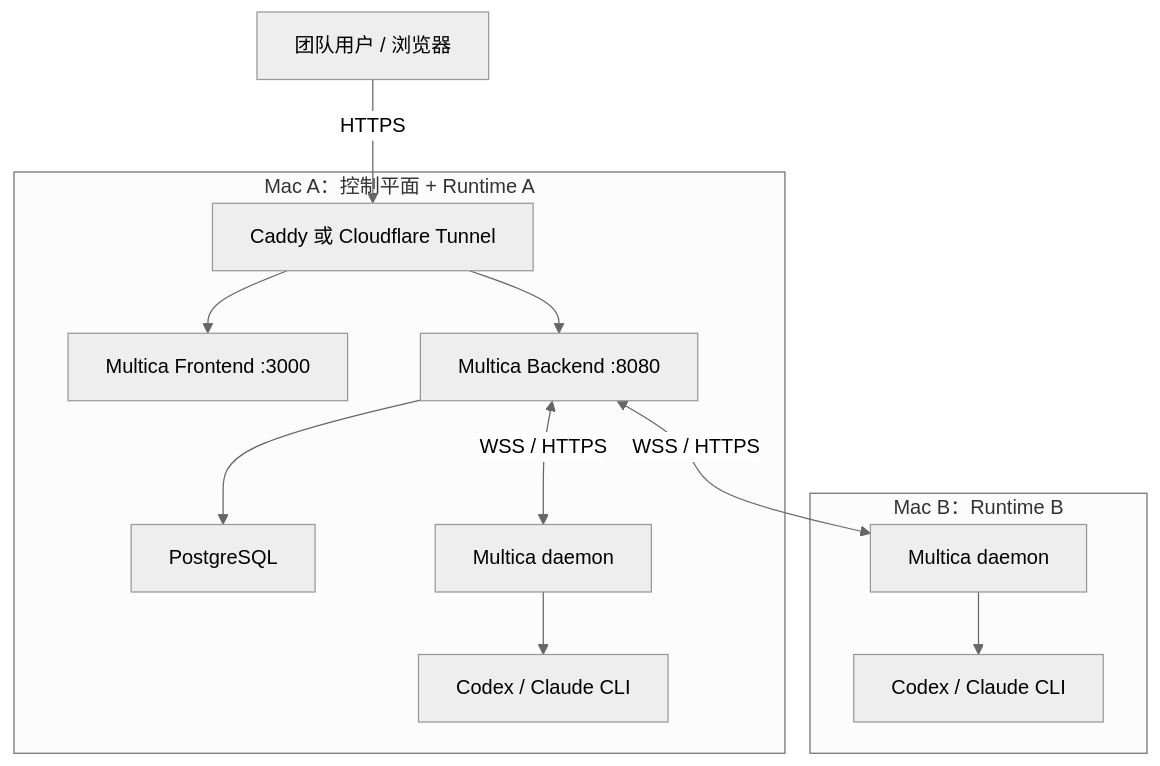
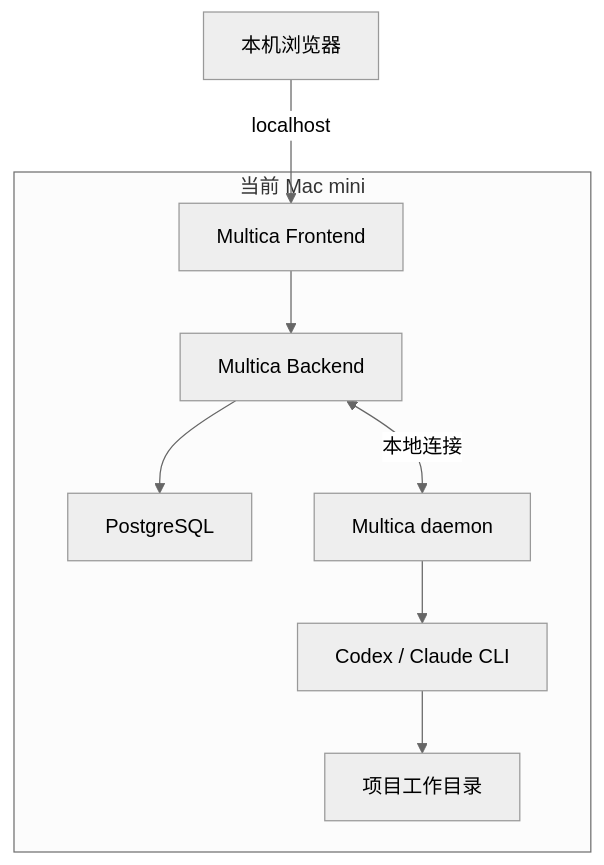
Before and after one commit to Battleplus/multical_deploy: the diagram in README.md, drawn with Mermaid (neutral theme). The commit also changed other lines of this file, not shown here.

Commit message:
docs: focus README on single Mac MVP

````diff
--- a/README.md
+++ b/README.md
@@ -15,18 +38,12 @@
 ```mermaid
 flowchart TB
-    User["团队用户 / 浏览器"] -->|"HTTPS"| Proxy["Caddy 或 Cloudflare Tunnel"]
+    User["本机浏览器"] -->|"localhost"| Frontend["Multica Frontend"]
 
-    subgraph MacA["Mac A：控制平面 + Runtime A"]
-        Proxy --> Frontend["Multica Frontend :3000"]
-        Proxy --> Backend["Multica Backend :8080"]
+    subgraph Mac["当前 Mac mini"]
+        Frontend --> Backend["Multica Backend"]
         Backend --> DB["PostgreSQL"]
-        DaemonA["Multica daemon"] --> AgentA["Codex / Claude CLI"]
+        Backend <-->|"本地连接"| Daemon["Multica daemon"]
+        Daemon --> Agent["Codex / Claude CLI"]
+        Agent --> Workspace["项目工作目录"]
     end
-
-    subgraph MacB["Mac B：Runtime B"]
-        DaemonB["Multica daemon"] --> AgentB["Codex / Claude CLI"]
-    end
-
-    Backend <-->|"WSS / HTTPS"| DaemonA
-    Backend <-->|"WSS / HTTPS"| DaemonB
 ```
````
